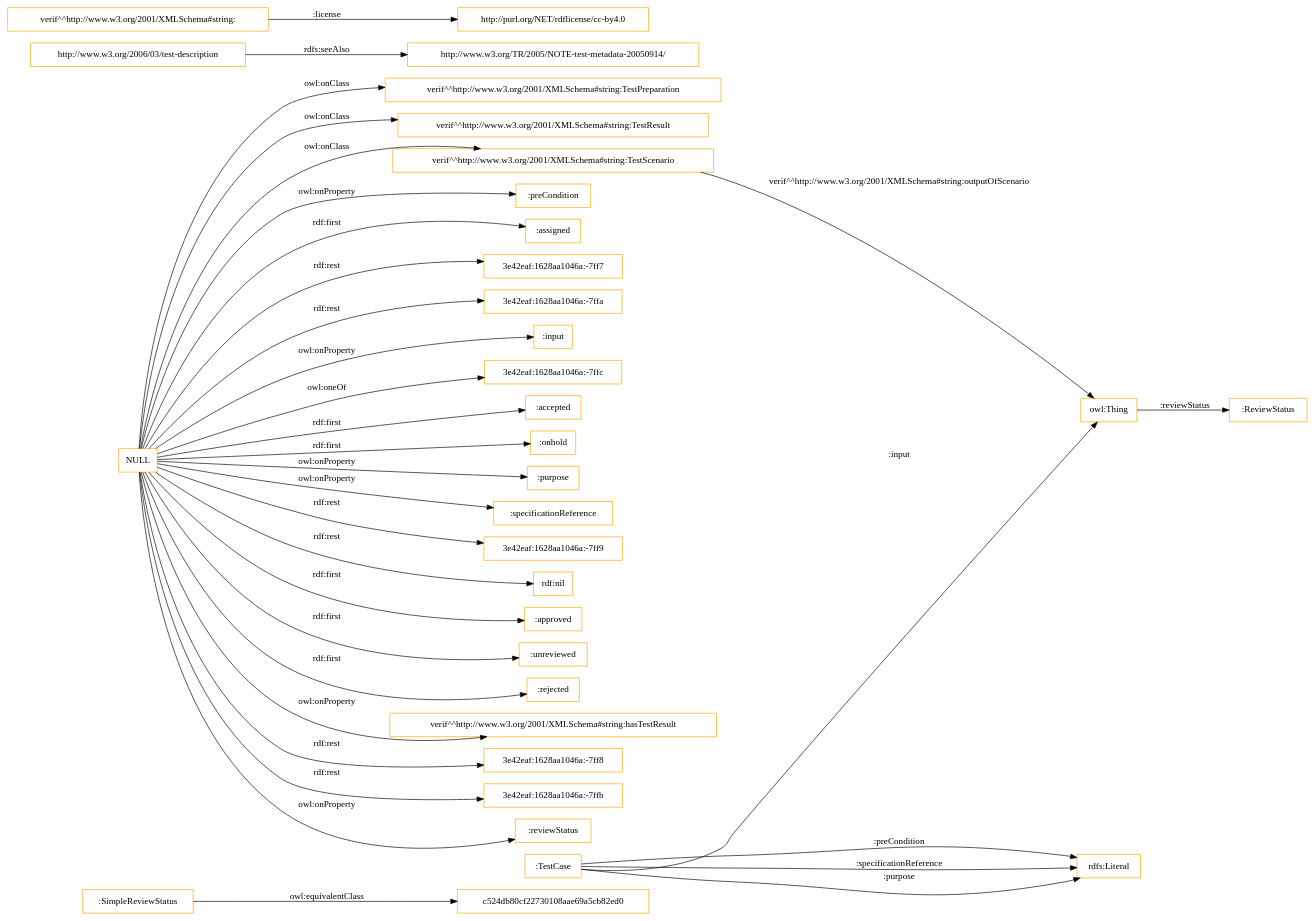
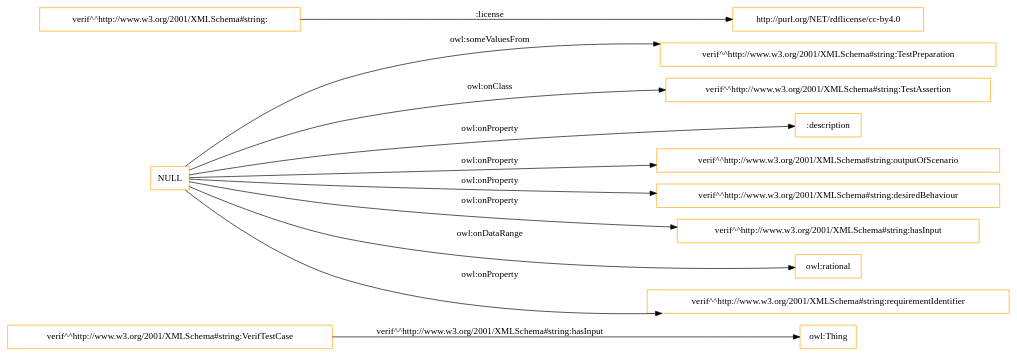
Before and after one commit to albaizq/test-verification-ontology: the diagram in OnToology/ontology/verification-test-description.ttl/diagrams/ar2dtool-class/verification-test-description.ttl.png.dot, drawn with Graphviz. The commit also changed 11 other files, not shown here.

```diff
--- a/OnToology/ontology/verification-test-description.ttl/diagrams/ar2dtool-class/verification-test-description.ttl.png.dot
+++ b/OnToology/ontology/verification-test-description.ttl/diagrams/ar2dtool-class/verification-test-description.ttl.png.dot
@@ -1,37 +1,16 @@
 digraph ar2dtool_diagram { 
 rankdir=LR;
 size="1501"
-node [shape = rectangle, color="orange"]; "c524db80cf22730108aae69a5cb82ed0" ":ReviewStatus" ":SimpleReviewStatus" "verif^^http://www.w3.org/2001/XMLSchema#string:TestPreparation" "verif^^http://www.w3.org/2001/XMLSchema#string:TestResult" "verif^^http://www.w3.org/2001/XMLSchema#string:TestScenario" ":TestCase" ; /*classes style*/
-	"http://www.w3.org/2006/03/test-description" -> "http://www.w3.org/TR/2005/NOTE-test-metadata-20050914/" [ label = "rdfs:seeAlso" ];
-	":SimpleReviewStatus" -> "c524db80cf22730108aae69a5cb82ed0" [ label = "owl:equivalentClass" ];
-	"NULL" -> "verif^^http://www.w3.org/2001/XMLSchema#string:TestResult" [ label = "owl:onClass" ];
-	"NULL" -> ":preCondition" [ label = "owl:onProperty" ];
-	"NULL" -> ":assigned" [ label = "rdf:first" ];
-	"NULL" -> "3e42eaf:1628aa1046a:-7ff7" [ label = "rdf:rest" ];
-	"NULL" -> "3e42eaf:1628aa1046a:-7ffa" [ label = "rdf:rest" ];
-	"NULL" -> ":input" [ label = "owl:onProperty" ];
-	"NULL" -> "verif^^http://www.w3.org/2001/XMLSchema#string:TestPreparation" [ label = "owl:onClass" ];
-	"NULL" -> "3e42eaf:1628aa1046a:-7ffc" [ label = "owl:oneOf" ];
-	"NULL" -> "verif^^http://www.w3.org/2001/XMLSchema#string:TestScenario" [ label = "owl:onClass" ];
-	"NULL" -> ":accepted" [ label = "rdf:first" ];
-	"NULL" -> ":onhold" [ label = "rdf:first" ];
-	"NULL" -> ":purpose" [ label = "owl:onProperty" ];
-	"NULL" -> ":specificationReference" [ label = "owl:onProperty" ];
-	"NULL" -> "3e42eaf:1628aa1046a:-7ff9" [ label = "rdf:rest" ];
-	"NULL" -> "rdf:nil" [ label = "rdf:rest" ];
-	"NULL" -> ":approved" [ label = "rdf:first" ];
-	"NULL" -> ":unreviewed" [ label = "rdf:first" ];
-	"NULL" -> ":rejected" [ label = "rdf:first" ];
-	"NULL" -> "verif^^http://www.w3.org/2001/XMLSchema#string:hasTestResult" [ label = "owl:onProperty" ];
-	"NULL" -> "3e42eaf:1628aa1046a:-7ff8" [ label = "rdf:rest" ];
-	"NULL" -> "3e42eaf:1628aa1046a:-7ffb" [ label = "rdf:rest" ];
-	"NULL" -> ":reviewStatus" [ label = "owl:onProperty" ];
+node [shape = rectangle, color="orange"]; "verif^^http://www.w3.org/2001/XMLSchema#string:VerifTestCase" "verif^^http://www.w3.org/2001/XMLSchema#string:TestPreparation" "verif^^http://www.w3.org/2001/XMLSchema#string:TestAssertion" ; /*classes style*/
 	"verif^^http://www.w3.org/2001/XMLSchema#string:" -> "http://purl.org/NET/rdflicense/cc-by4.0" [ label = ":license" ];
-	"verif^^http://www.w3.org/2001/XMLSchema#string:TestScenario" -> "owl:Thing" [ label = "verif^^http://www.w3.org/2001/XMLSchema#string:outputOfScenario" ];
-	":TestCase" -> "owl:Thing" [ label = ":input" ];
-	":TestCase" -> "rdfs:Literal" [ label = ":preCondition" ];
-	":TestCase" -> "rdfs:Literal" [ label = ":specificationReference" ];
-	":TestCase" -> "rdfs:Literal" [ label = ":purpose" ];
-	"owl:Thing" -> ":ReviewStatus" [ label = ":reviewStatus" ];
+	"NULL" -> ":description" [ label = "owl:onProperty" ];
+	"NULL" -> "verif^^http://www.w3.org/2001/XMLSchema#string:TestPreparation" [ label = "owl:someValuesFrom" ];
+	"NULL" -> "verif^^http://www.w3.org/2001/XMLSchema#string:outputOfScenario" [ label = "owl:onProperty" ];
+	"NULL" -> "verif^^http://www.w3.org/2001/XMLSchema#string:desiredBehaviour" [ label = "owl:onProperty" ];
+	"NULL" -> "verif^^http://www.w3.org/2001/XMLSchema#string:TestAssertion" [ label = "owl:onClass" ];
+	"NULL" -> "verif^^http://www.w3.org/2001/XMLSchema#string:hasInput" [ label = "owl:onProperty" ];
+	"NULL" -> "owl:rational" [ label = "owl:onDataRange" ];
+	"NULL" -> "verif^^http://www.w3.org/2001/XMLSchema#string:requirementIdentifier" [ label = "owl:onProperty" ];
+	"verif^^http://www.w3.org/2001/XMLSchema#string:VerifTestCase" -> "owl:Thing" [ label = "verif^^http://www.w3.org/2001/XMLSchema#string:hasInput" ];
 
 }
```
